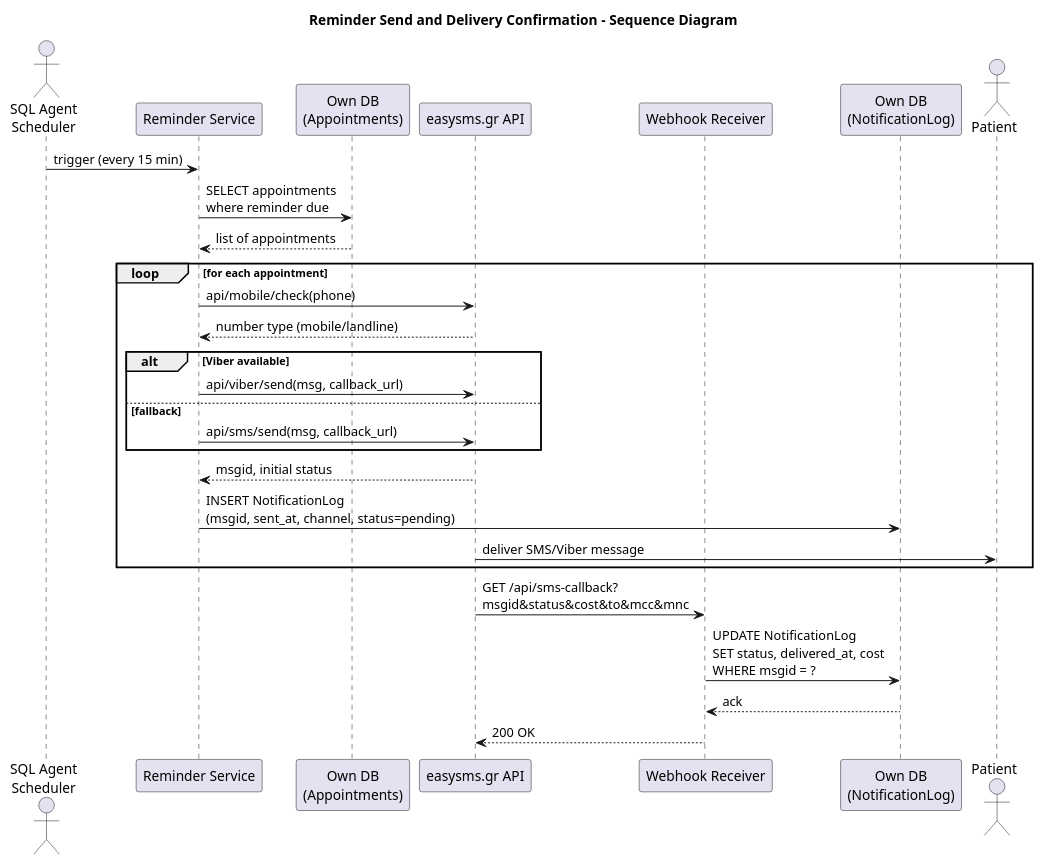
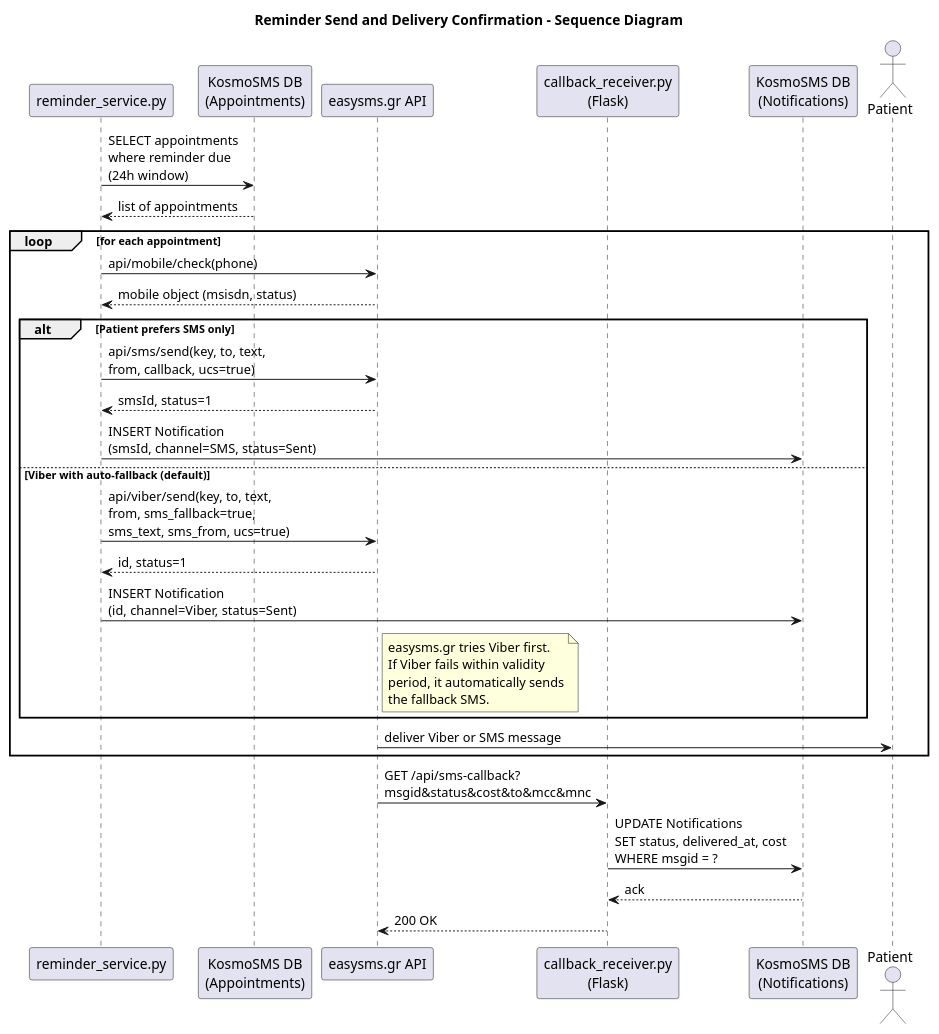
Before and after one commit to Georgekon4002/KosmoReminder: the diagram in puml/reminder_sequence.puml, drawn with PlantUML. The commit also changed 43 other files, not shown here.

```diff
--- a/puml/reminder_sequence.puml
+++ b/puml/reminder_sequence.puml
@@ -1,37 +1,42 @@
 @startuml
 title Reminder Send and Delivery Confirmation - Sequence Diagram
 
-actor "SQL Agent\nScheduler" as Sched
-participant "Reminder Service" as Service
-participant "Own DB\n(Appointments)" as OwnDB
+participant "reminder_service.py" as Service
+participant "KosmoSMS DB\n(Appointments)" as OwnDB
 participant "easysms.gr API" as API
-participant "Webhook Receiver" as Webhook
-participant "Own DB\n(NotificationLog)" as Log
+participant "callback_receiver.py\n(Flask)" as Webhook
+participant "KosmoSMS DB\n(Notifications)" as Log
 actor "Patient" as Patient
 
-Sched -> Service : trigger (every 15 min)
-Service -> OwnDB : SELECT appointments\nwhere reminder due
+Service -> OwnDB : SELECT appointments\nwhere reminder due\n(24h window)
 OwnDB --> Service : list of appointments
 
 loop for each appointment
   Service -> API : api/mobile/check(phone)
-  API --> Service : number type (mobile/landline)
+  API --> Service : mobile object (msisdn, status)
 
-  alt Viber available
-    Service -> API : api/viber/send(msg, callback_url)
-  else fallback
-    Service -> API : api/sms/send(msg, callback_url)
+  alt Patient prefers SMS only
+    Service -> API : api/sms/send(key, to, text,\nfrom, callback, ucs=true)
+    API --> Service : smsId, status=1
+    Service -> Log : INSERT Notification\n(smsId, channel=SMS, status=Sent)
+  else Viber with auto-fallback (default)
+    Service -> API : api/viber/send(key, to, text,\nfrom, sms_fallback=true,\nsms_text, sms_from, ucs=true)
+    API --> Service : id, status=1
+    Service -> Log : INSERT Notification\n(id, channel=Viber, status=Sent)
+    note right of API
+      easysms.gr tries Viber first.
+      If Viber fails within validity
+      period, it automatically sends
+      the fallback SMS.
+    end note
   end
 
-  API --> Service : msgid, initial status
-  Service -> Log : INSERT NotificationLog\n(msgid, sent_at, channel, status=pending)
-
-  API -> Patient : deliver SMS/Viber message
+  API -> Patient : deliver Viber or SMS message
 end
 
 API -> Webhook : GET /api/sms-callback?\nmsgid&status&cost&to&mcc&mnc
-Webhook -> Log : UPDATE NotificationLog\nSET status, delivered_at, cost\nWHERE msgid = ?
+Webhook -> Log : UPDATE Notifications\nSET status, delivered_at, cost\nWHERE msgid = ?
 Log --> Webhook : ack
 Webhook --> API : 200 OK
 
 @enduml
```
